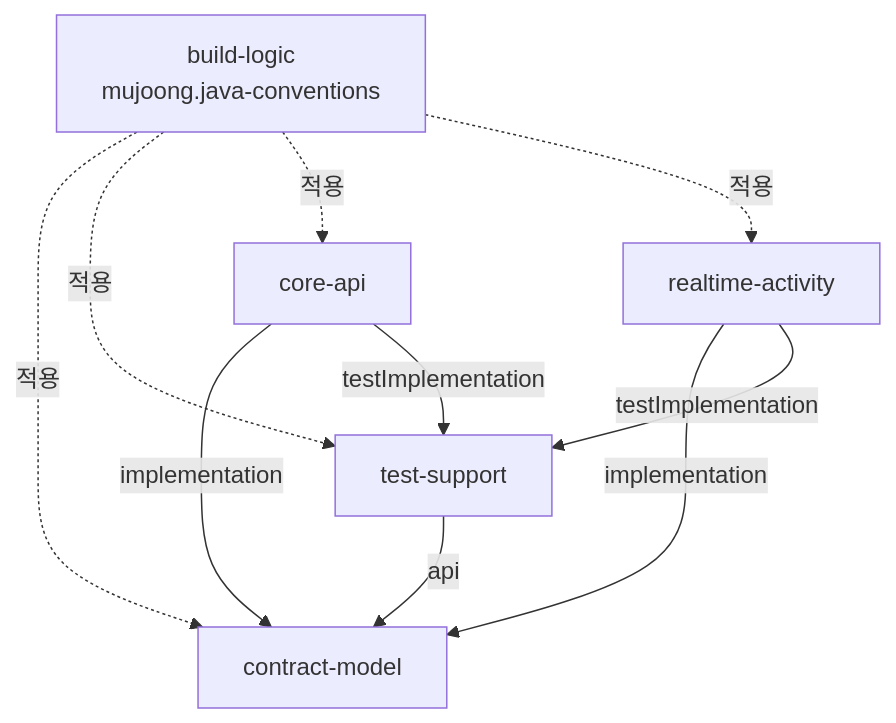
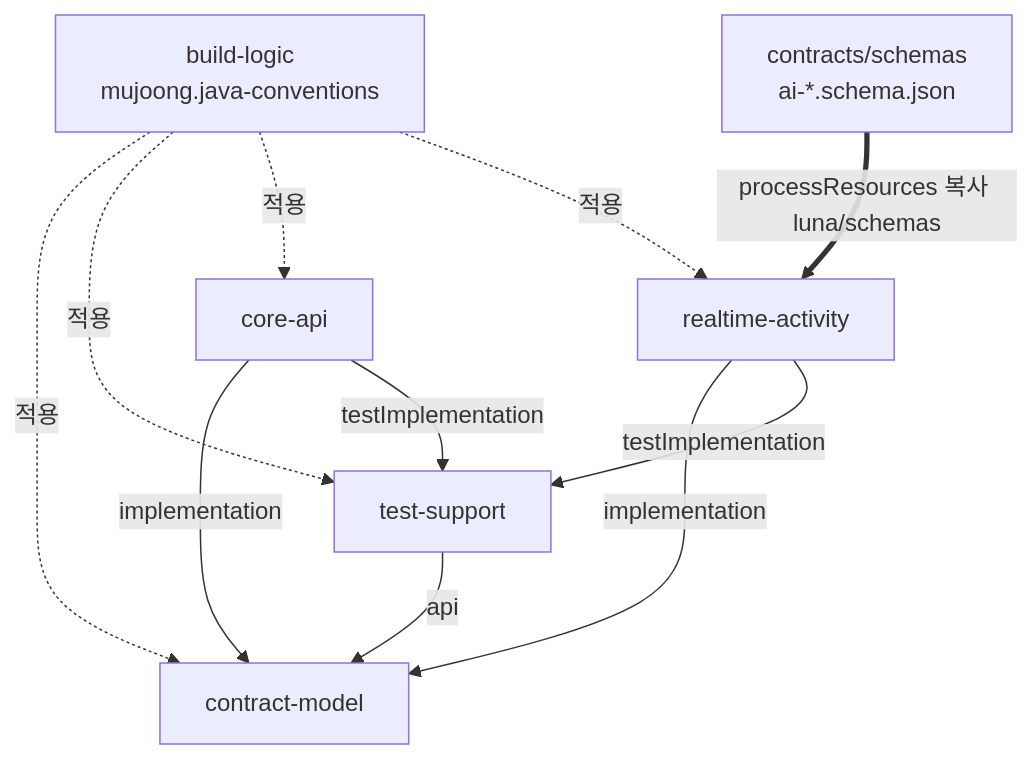
Before and after one commit to team-jomyung/mujungi: the first of 2 diagrams in aidlc/spaces/default/codekb/mujungi/dependencies.md, drawn with Mermaid. The commit also changed other lines of this file and 11 other files, not shown here.

````diff
--- a/aidlc/spaces/default/codekb/mujungi/dependencies.md
+++ b/aidlc/spaces/default/codekb/mujungi/dependencies.md
@@ -7,18 +8,20 @@
 ```mermaid
 flowchart TD
     BL["build-logic<br/>mujoong.java-conventions"]
     CM["contract-model"]
     TS["test-support"]
     CA["core-api"]
     RA["realtime-activity"]
+    CS["contracts/schemas<br/>ai-*.schema.json"]
     BL -.->|적용| CM
     BL -.->|적용| TS
     BL -.->|적용| CA
     BL -.->|적용| RA
-    %% 점선은 규약 플러그인 적용, 실선은 Gradle 의존
+    %% 점선은 규약 플러그인 적용, 실선은 Gradle 의존, 굵은 화살표는 자원 복사
     CA -->|implementation| CM
     RA -->|implementation| CM
     TS -->|api| CM
     CA -->|testImplementation| TS
     RA -->|testImplementation| TS
+    CS ==>|"processResources 복사 luna/schemas"| RA
 ```
````
